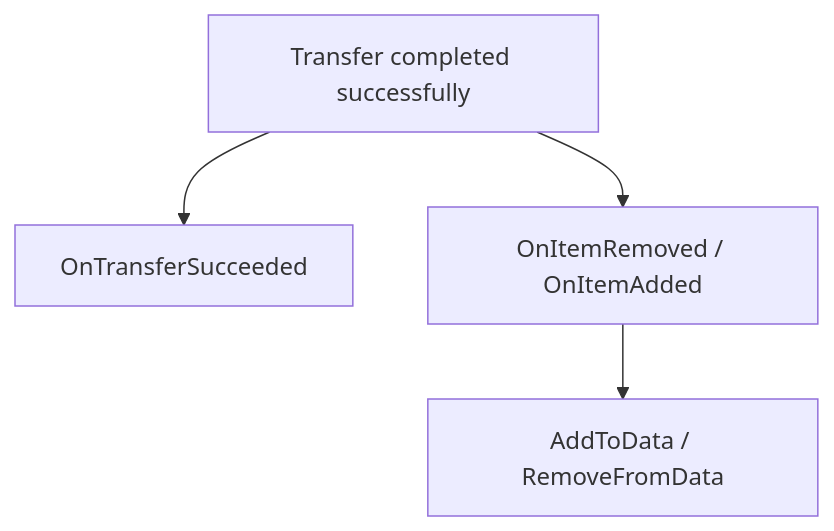
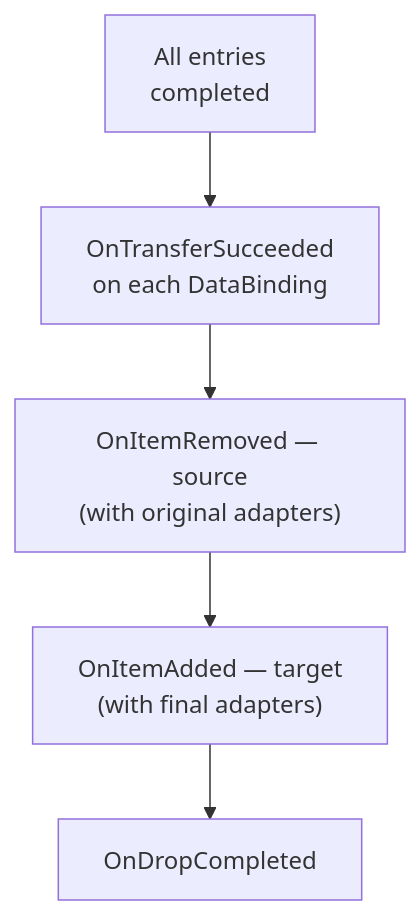
Before and after one commit to SergeevSergey99/DragAndDropSystem-Docs: the fifth of 7 diagrams in .docs/content/architecture/transfer-pipeline.en.md, drawn with Mermaid. The commit also changed other lines of this file and 3 other files, not shown here.

````diff
--- a/.docs/content/architecture/transfer-pipeline.en.md
+++ b/.docs/content/architecture/transfer-pipeline.en.md
@@ -92,6 +119,7 @@
 ```mermaid
 flowchart TD
-    A["Transfer completed successfully"] --> B["OnTransferSucceeded"]
-    A --> C["OnItemRemoved / OnItemAdded"]
-    C --> D["AddToData / RemoveFromData"]
+    A["All entries\ncompleted"] --> B["OnTransferSucceeded\non each DataBinding"]
+    B --> C["OnItemRemoved — source\n(with original adapters)"]
+    C --> D["OnItemAdded — target\n(with final adapters)"]
+    D --> E["OnDropCompleted"]
 ```
````
